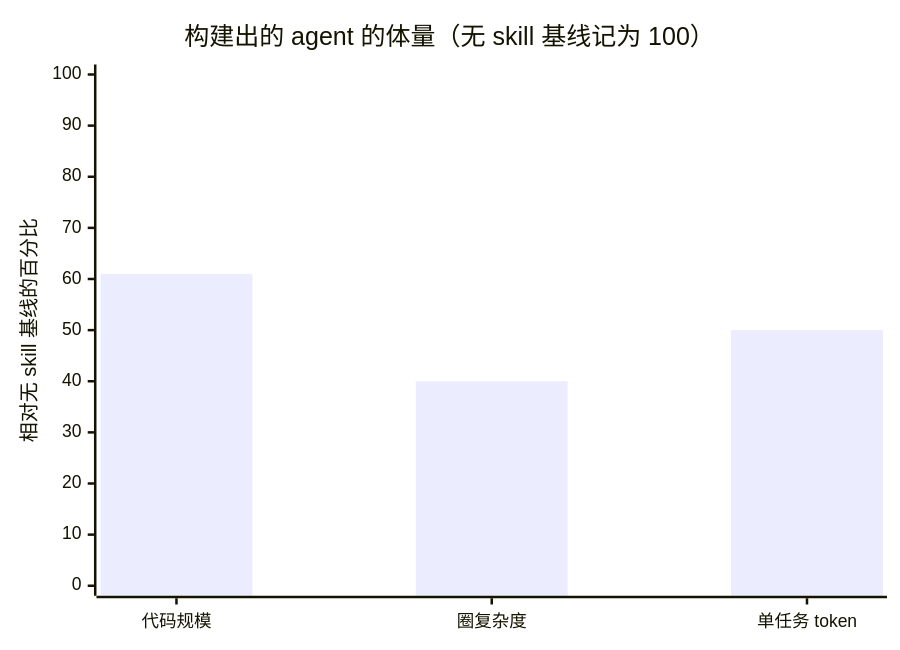
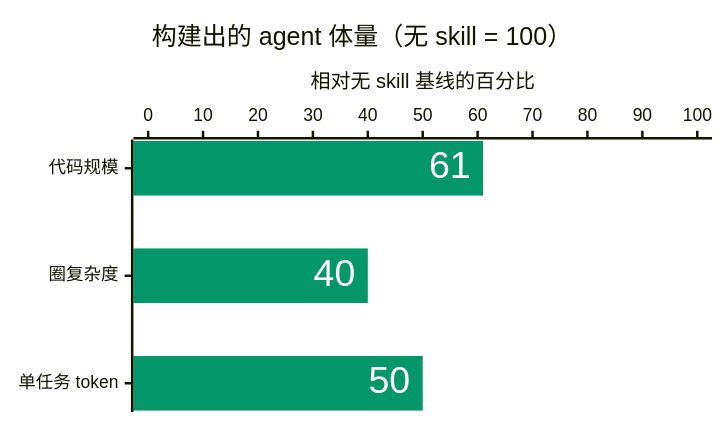
One commit to shijiew/back-to-basics-skills changed the second of 2 diagrams in README.zh.md. Above: the diagram before and after it, drawn with Mermaid. The commit also changed other lines of this file and 1 other file, not shown here.

Commit message:
Enhance README charts: data labels, accent colors, tighter layout
Add white data labels and a single accent color per chart, shrink chart
dimensions, and switch the footprint chart to horizontal bars so the
short numeric labels render at a readable size. English and Chinese
READMEs stay in parity.

````diff
--- a/README.zh.md
+++ b/README.zh.md
@@ -47,7 +58,19 @@
 ```mermaid
+---
+config:
+    xyChart:
+        width: 560
+        height: 320
+        chartOrientation: horizontal
+        showDataLabel: true
+    themeVariables:
+        xyChart:
+            plotColorPalette: "#059669"
+            dataLabelColor: "#ffffff"
+---
 xychart-beta
-    title "构建出的 agent 的体量（无 skill 基线记为 100）"
+    title "构建出的 agent 体量（无 skill = 100）"
     x-axis ["代码规模", "圈复杂度", "单任务 token"]
     y-axis "相对无 skill 基线的百分比" 0 --> 100
     bar [61, 40, 50]
 ```
````
